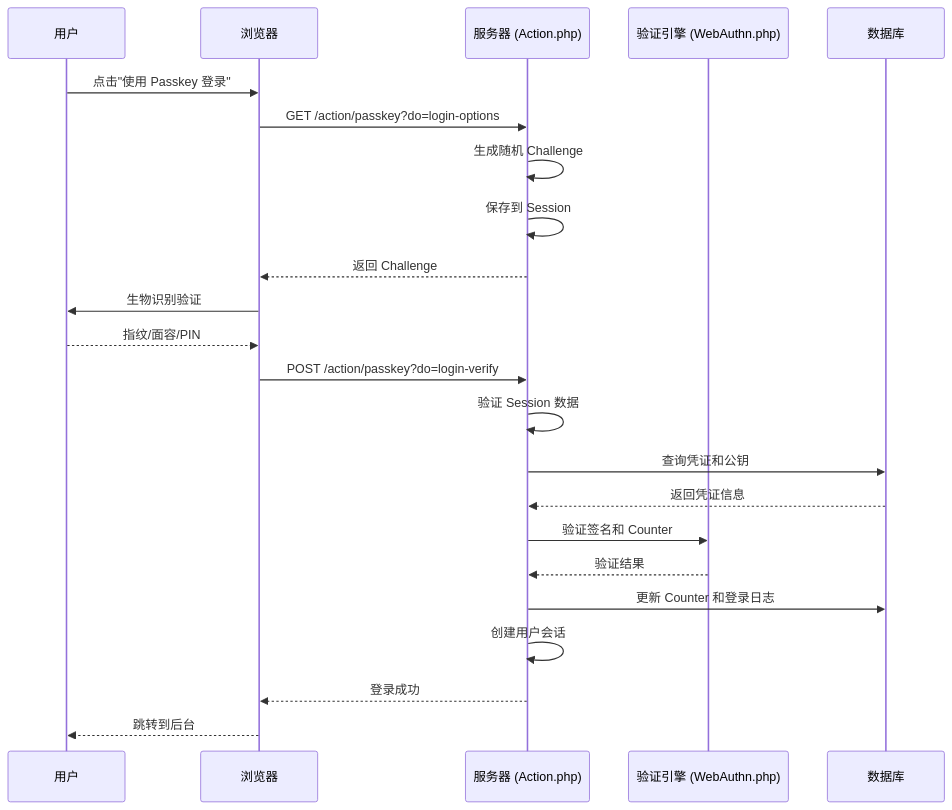
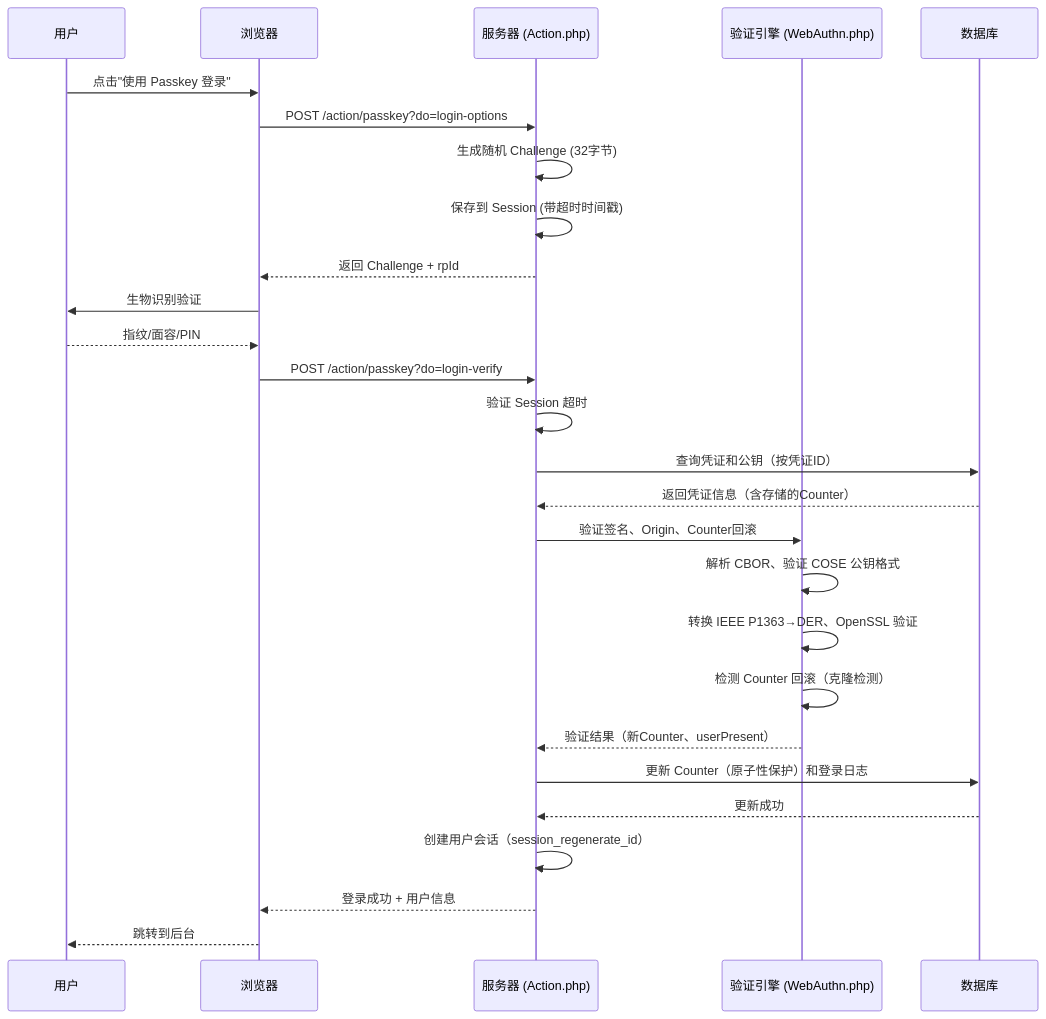
One commit to little-gt/Passkey changed the third of 4 diagrams in README.md. Above: the diagram before and after it, drawn with Mermaid. The commit also changed other lines of this file and 6 other files, not shown here.

````diff
--- a/README.md
+++ b/README.md
@@ -169,27 +184,31 @@
 ```mermaid
 sequenceDiagram
     participant U as 用户
     participant B as 浏览器
     participant S as 服务器 (Action.php)
     participant W as 验证引擎 (WebAuthn.php)
     participant DB as 数据库
     
     U->>B: 点击"使用 Passkey 登录"
-    B->>S: GET /action/passkey?do=login-options
-    S->>S: 生成随机 Challenge
-    S->>S: 保存到 Session
-    S-->>B: 返回 Challenge
+    B->>S: POST /action/passkey?do=login-options
+    S->>S: 生成随机 Challenge (32字节)
+    S->>S: 保存到 Session (带超时时间戳)
+    S-->>B: 返回 Challenge + rpId
     
     B->>U: 生物识别验证
     U-->>B: 指纹/面容/PIN
     B->>S: POST /action/passkey?do=login-verify
-    S->>S: 验证 Session 数据
-    S->>DB: 查询凭证和公钥
-    DB-->>S: 返回凭证信息
-    S->>W: 验证签名和 Counter
-    W-->>S: 验证结果
-    S->>DB: 更新 Counter 和登录日志
-    S->>S: 创建用户会话
-    S-->>B: 登录成功
+    S->>S: 验证 Session 超时
+    S->>DB: 查询凭证和公钥（按凭证ID）
+    DB-->>S: 返回凭证信息（含存储的Counter）
+    S->>W: 验证签名、Origin、Counter回滚
+    W->>W: 解析 CBOR、验证 COSE 公钥格式
+    W->>W: 转换 IEEE P1363→DER、OpenSSL 验证
+    W->>W: 检测 Counter 回滚（克隆检测）
+    W-->>S: 验证结果（新Counter、userPresent）
+    S->>DB: 更新 Counter（原子性保护）和登录日志
+    DB-->>S: 更新成功
+    S->>S: 创建用户会话（session_regenerate_id）
+    S-->>B: 登录成功 + 用户信息
     B-->>U: 跳转到后台
 ```
````
